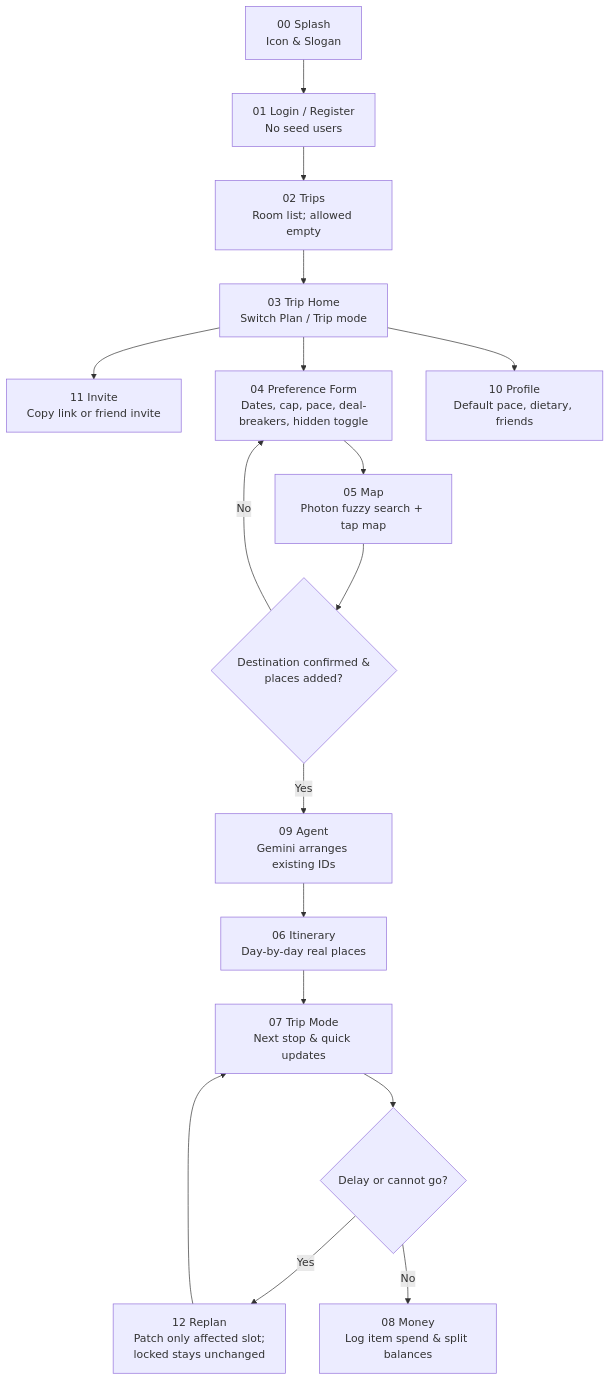
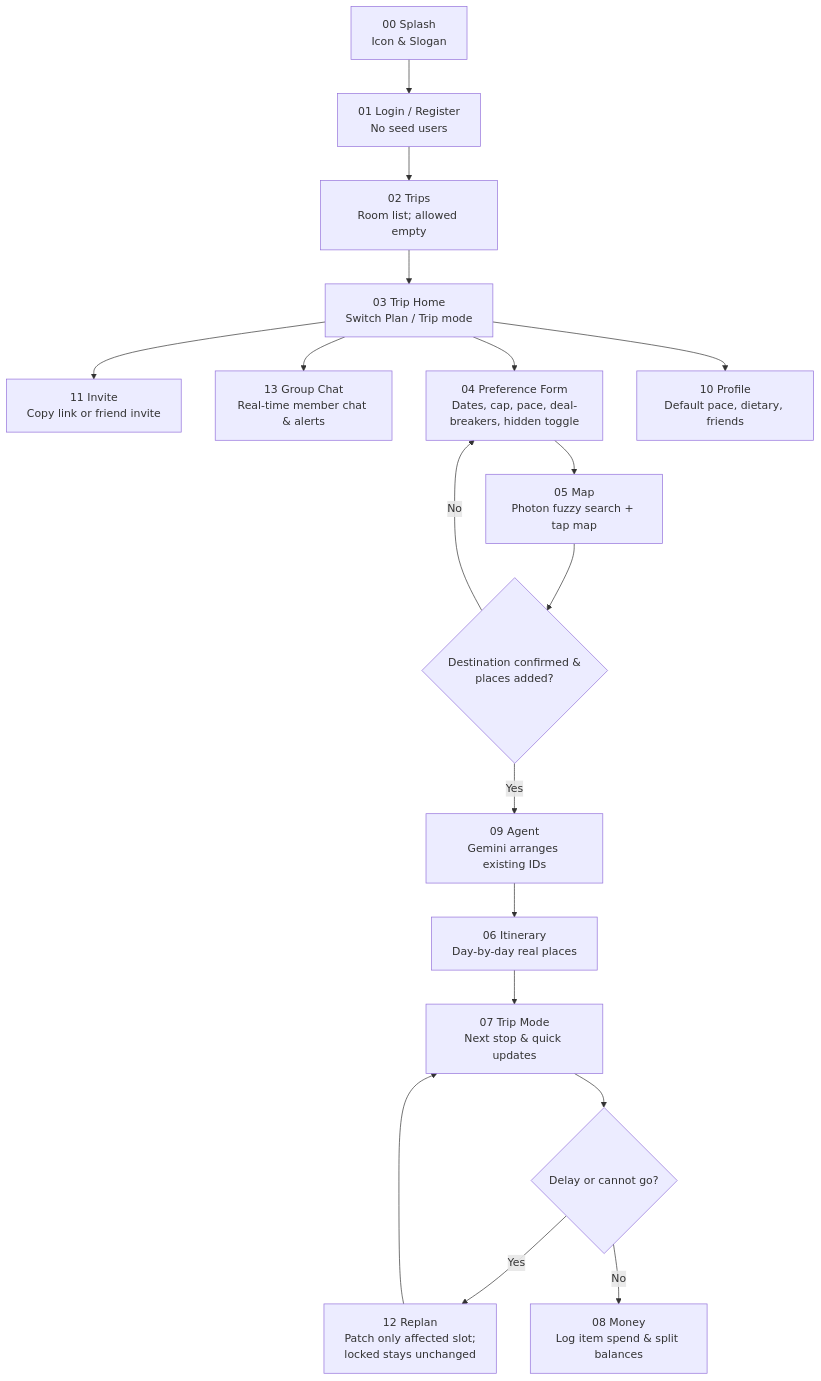
Before and after one commit to nlzce/We-are-the-champions_Plan-B: the fourth of 7 diagrams in docs/ideation.md, drawn with Mermaid. The commit also changed other lines of this file and 2 other files, not shown here.

Commit message:
feat: add real-time team group chat and 6-tab PWA navigation across all documentation

````diff
--- a/docs/ideation.md
+++ b/docs/ideation.md
@@ -230,19 +233,20 @@
 ```mermaid
 flowchart TD
   S00["00 Splash<br/>Icon & Slogan"] --> S01["01 Login / Register<br/>No seed users"]
   S01 --> S02["02 Trips<br/>Room list; allowed empty"]
   S02 --> S03["03 Trip Home<br/>Switch Plan / Trip mode"]
   S03 --> S11["11 Invite<br/>Copy link or friend invite"]
+  S03 --> S13["13 Group Chat<br/>Real-time member chat & alerts"]
   S03 --> S04["04 Preference Form<br/>Dates, cap, pace, deal-breakers, hidden toggle"]
   S04 --> S05["05 Map<br/>Photon fuzzy search + tap map"]
   S05 --> AlignChk{"Destination confirmed &<br/>places added?"}
   AlignChk -->|No| S04
   AlignChk -->|Yes| S09["09 Agent<br/>Gemini arranges existing IDs"]
   S09 --> S06["06 Itinerary<br/>Day-by-day real places"]
   S06 --> S07["07 Trip Mode<br/>Next stop & quick updates"]
   S07 --> DisCheck{"Delay or cannot go?"}
   DisCheck -->|Yes| S12["12 Replan<br/>Patch only affected slot;<br/>locked stays unchanged"]
   S12 --> S07
   DisCheck -->|No| S08["08 Money<br/>Log item spend & split balances"]
   S03 --> S10["10 Profile<br/>Default pace, dietary, friends"]
 ```
````
